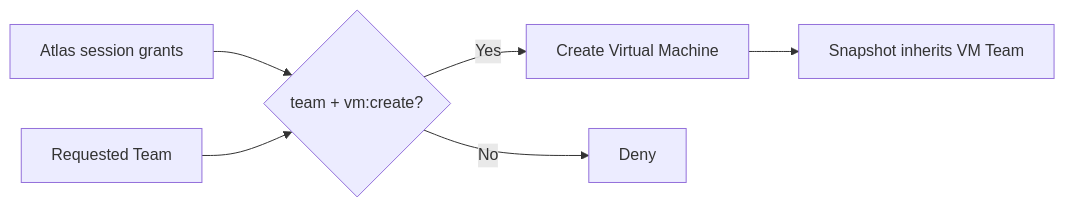
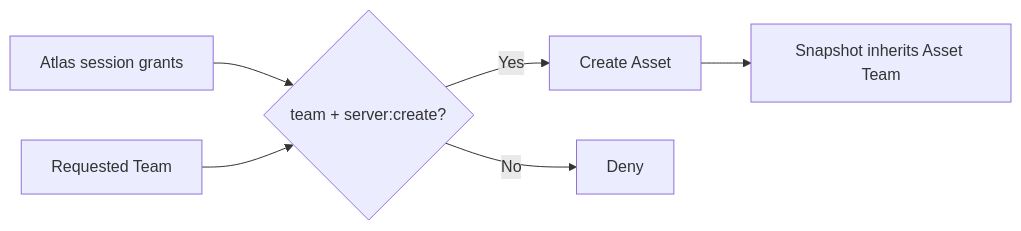
One commit to frappe/central changed the fifth of 5 diagrams in spec/IAM.md. Above: the diagram before and after it, drawn with Mermaid. The commit also changed other lines of this file and 2 other files, not shown here.

````diff
--- a/spec/IAM.md
+++ b/spec/IAM.md
@@ -147,8 +147,8 @@
 ```mermaid
 flowchart LR
-    S[Atlas session grants] --> V{team + vm:create?}
+    S[Atlas session grants] --> V{team + server:create?}
     T[Requested Team] --> V
-    V -->|Yes| VM[Create Virtual Machine]
-    VM --> SN[Snapshot inherits VM Team]
+    V -->|Yes| VM[Create Asset]
+    VM --> SN[Snapshot inherits Asset Team]
     V -->|No| X[Deny]
 ```
````
